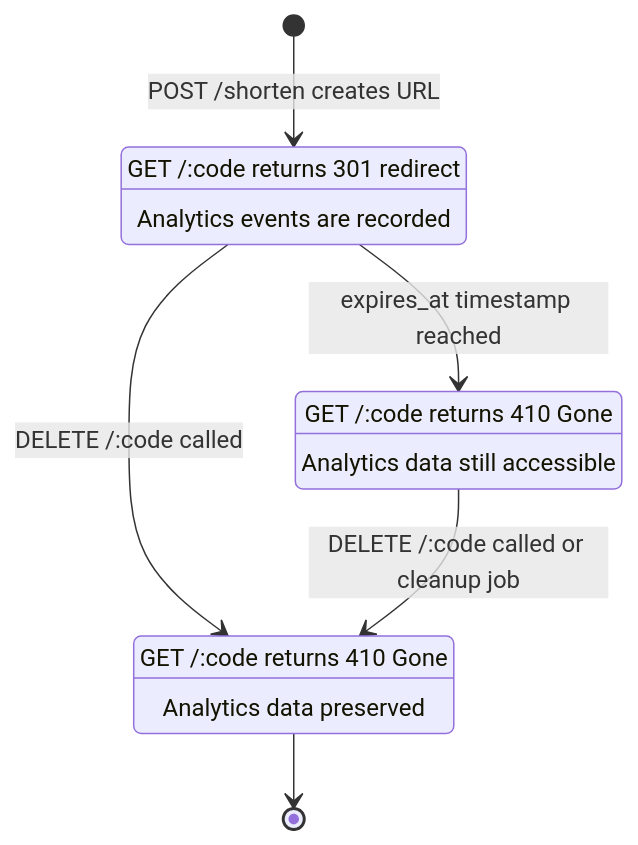
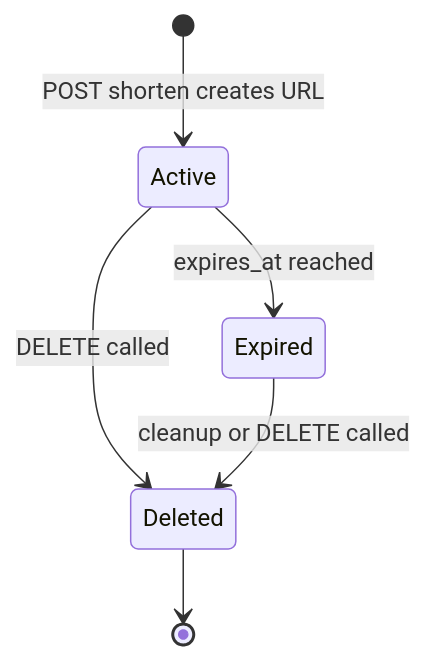
Before and after one commit to DatariusAI/claude-code-mastery: the diagram in week-2/specs/diagrams/state.md, drawn with Mermaid. The commit also changed 1 other file, not shown here.

Commit message:
week-2: quality fixes — state diagram syntax, audit corrections
Fix stateDiagram-v2 mermaid syntax error that caused "Syntax error
in text" on the dashboard. Removed state description lines with
special characters (/:code) that broke the mermaid 10.9.5 parser.
Simplified to clean transition-only syntax. Fixed in both
week-2/specs/diagrams/state.md and the dashboard index.html.

````diff
--- a/week-2/specs/diagrams/state.md
+++ b/week-2/specs/diagrams/state.md
@@ -3,20 +3,8 @@
 ```mermaid
 stateDiagram-v2
-    [*] --> Active : POST /shorten creates URL
-
-    Active --> Expired : expires_at timestamp reached
-    Active --> Deleted : DELETE /:code called
-
-    Expired --> Deleted : DELETE /:code called or cleanup job
-
+    [*] --> Active : POST shorten creates URL
+    Active --> Expired : expires_at reached
+    Active --> Deleted : DELETE called
+    Expired --> Deleted : cleanup or DELETE called
     Deleted --> [*]
-
-    Active : GET /:code returns 301 redirect
-    Active : Analytics events are recorded
-
-    Expired : GET /:code returns 410 Gone
-    Expired : Analytics data still accessible
-
-    Deleted : GET /:code returns 410 Gone
-    Deleted : Analytics data preserved
 ```
````
